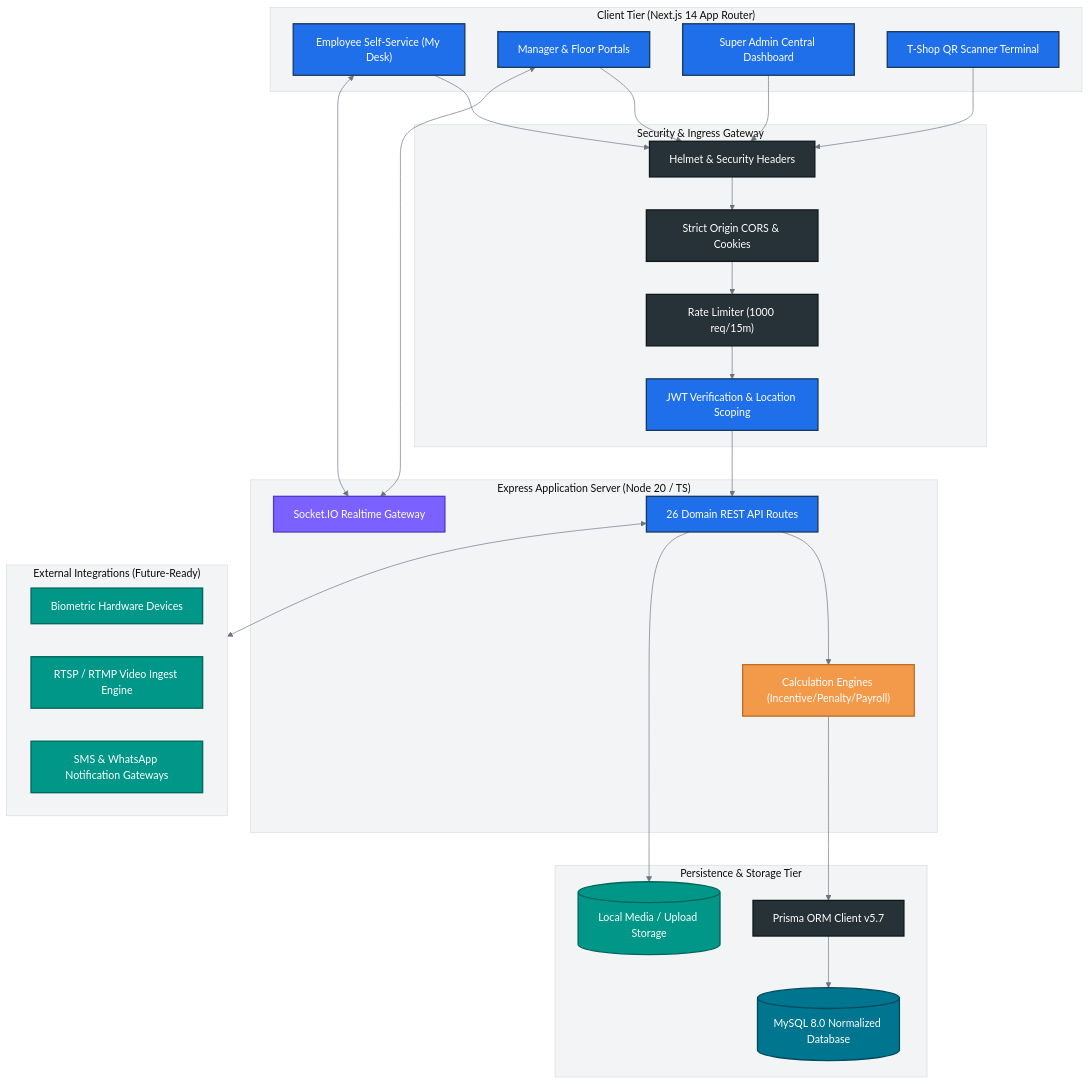
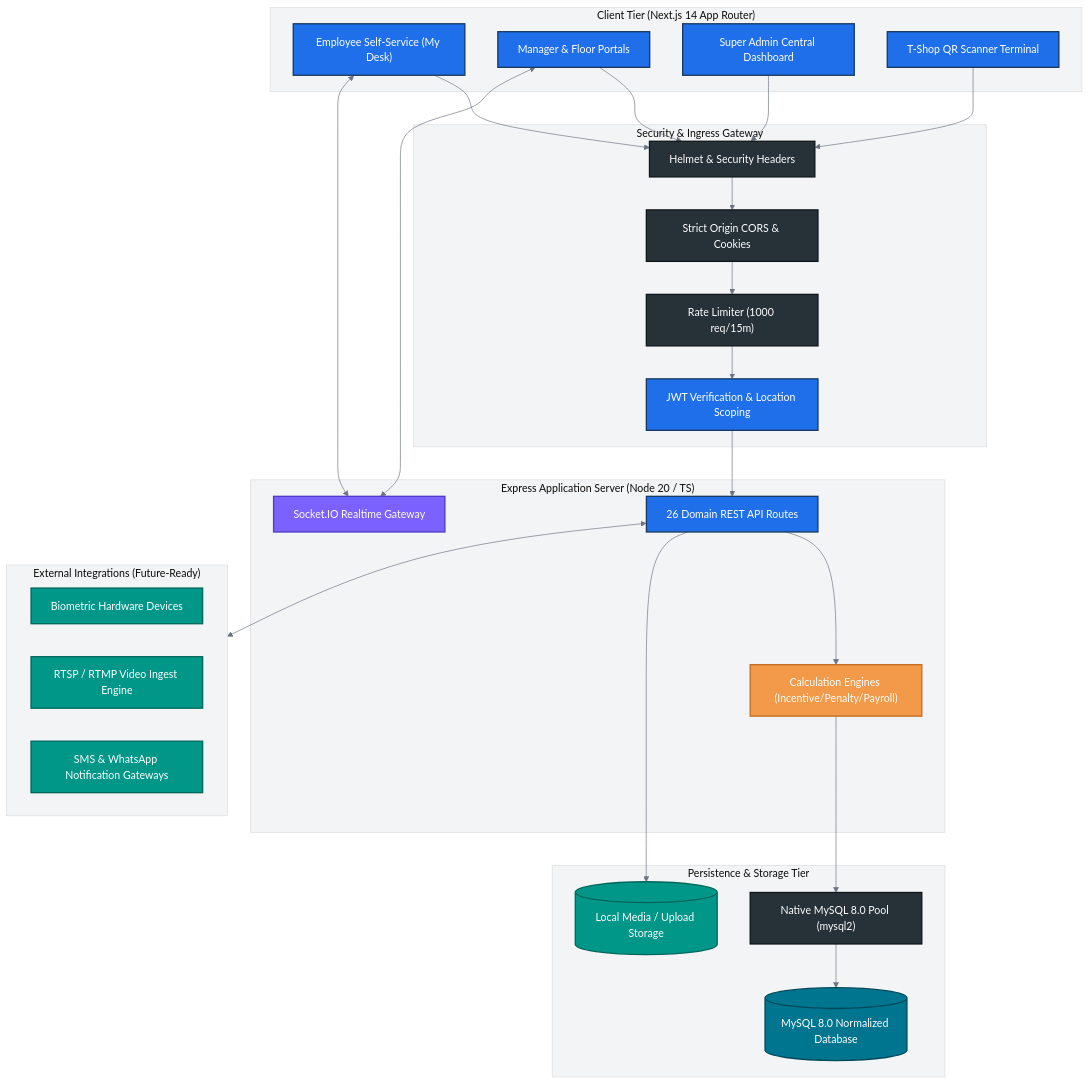
Before and after one commit to BSC-TEXTILES/BSC_Textiles_HRMS_Project: the first of 22 diagrams in README.md, drawn with Mermaid. The commit also changed other lines of this file and 4 other files, not shown here.

````diff
--- a/README.md
+++ b/README.md
@@ -123,60 +123,60 @@
 ```mermaid
 %%{init: {'theme': 'base', 'themeVariables': { 'primaryColor': '#1F6FEB', 'primaryTextColor': '#FFFFFF', 'primaryBorderColor': '#173A5E', 'lineColor': '#6B7280', 'secondaryColor': '#2E9D59', 'tertiaryColor': '#F3F4F6' }}}%%
 graph TB
     subgraph CLIENT["Client Tier (Next.js 14 App Router)"]
         UI_DESK["Employee Self-Service (My Desk)"]:::cBlue
         UI_MGR["Manager & Floor Portals"]:::cBlue
         UI_ADMIN["Super Admin Central Dashboard"]:::cBlue
         UI_SCAN["T-Shop QR Scanner Terminal"]:::cBlue
     end
 
     subgraph GATEWAY["Security & Ingress Gateway"]
         HELMET["Helmet & Security Headers"]:::cDark
         CORS["Strict Origin CORS & Cookies"]:::cDark
         RATELIMIT["Rate Limiter (1000 req/15m)"]:::cDark
         AUTH_MW["JWT Verification & Location Scoping"]:::cBlue
     end
 
     subgraph API_TIER["Express Application Server (Node 20 / TS)"]
         API_ROUTER["26 Domain REST API Routes"]:::cBlue
         BIZ_RULES["Calculation Engines (Incentive/Penalty/Payroll)"]:::cOrange
         SOCKET_SRV["Socket.IO Realtime Gateway"]:::cPurple
     end
 
     subgraph DATA_TIER["Persistence & Storage Tier"]
-        PRISMA["Prisma ORM Client v5.7"]:::cDark
+        MYSQL_POOL["Native MySQL 8.0 Pool (mysql2)"]:::cDark
         MYSQL[("MySQL 8.0 Normalized Database")]:::cDb
         UPLOADS[("Local Media / Upload Storage")]:::cTeal
     end
 
     subgraph EXT_TIER["External Integrations (Future-Ready)"]
         BIOMETRIC["Biometric Hardware Devices"]:::cTeal
         STREAM_ENG["RTSP / RTMP Video Ingest Engine"]:::cTeal
         MESSAGING["SMS & WhatsApp Notification Gateways"]:::cTeal
     end
 
     UI_DESK --> HELMET
     UI_MGR --> HELMET
     UI_ADMIN --> HELMET
     UI_SCAN --> HELMET
 
     HELMET --> CORS --> RATELIMIT --> AUTH_MW
     AUTH_MW --> API_ROUTER
     UI_MGR <--> SOCKET_SRV
     UI_DESK <--> SOCKET_SRV
 
     API_ROUTER --> BIZ_RULES
-    BIZ_RULES --> PRISMA
-    PRISMA --> MYSQL
+    BIZ_RULES --> MYSQL_POOL
+    MYSQL_POOL --> MYSQL
     API_ROUTER --> UPLOADS
     API_ROUTER <--> EXT_TIER
 
     classDef cBlue fill:#1F6FEB,stroke:#173A5E,stroke-width:2px,color:#FFFFFF;
     classDef cGreen fill:#2E9D59,stroke:#1E6B3D,stroke-width:2px,color:#FFFFFF;
     classDef cOrange fill:#F2994A,stroke:#C26D22,stroke-width:2px,color:#FFFFFF;
     classDef cRed fill:#D64545,stroke:#9E2B2B,stroke-width:2px,color:#FFFFFF;
     classDef cPurple fill:#7B61FF,stroke:#523BC7,stroke-width:2px,color:#FFFFFF;
     classDef cTeal fill:#009688,stroke:#00675B,stroke-width:2px,color:#FFFFFF;
     classDef cDark fill:#263238,stroke:#10171A,stroke-width:2px,color:#FFFFFF;
     classDef cDb fill:#00758F,stroke:#004A5B,stroke-width:2px,color:#FFFFFF;
 ```
````
